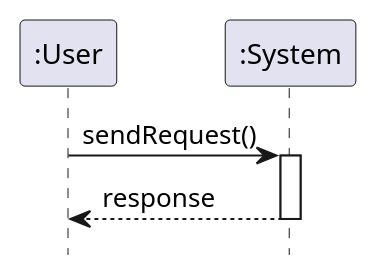
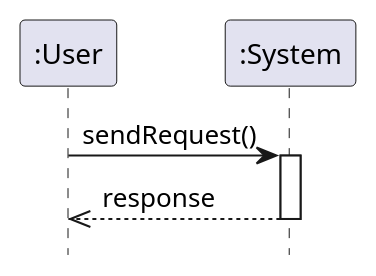
The diagram in plant_uml/interactionRepresentationExample.plantuml (gigl-uml/Guide_uml_polymtl), drawn with PlantUML before and after one commit. The commit also changed 13 other files, not shown here.

Commit message:
added Relation of interaction diagram

```diff
--- a/plant_uml/interactionRepresentationExample.plantuml
+++ b/plant_uml/interactionRepresentationExample.plantuml
@@ -1,13 +1,13 @@
 @startuml
 hide footbox
 
 participant ":User" as user
 participant ":System" as syst
 
 
 user -> syst: sendRequest()
 activate syst
-syst --> user: response
+syst -->> user: response
 deactivate syst
 
 @enduml
```
